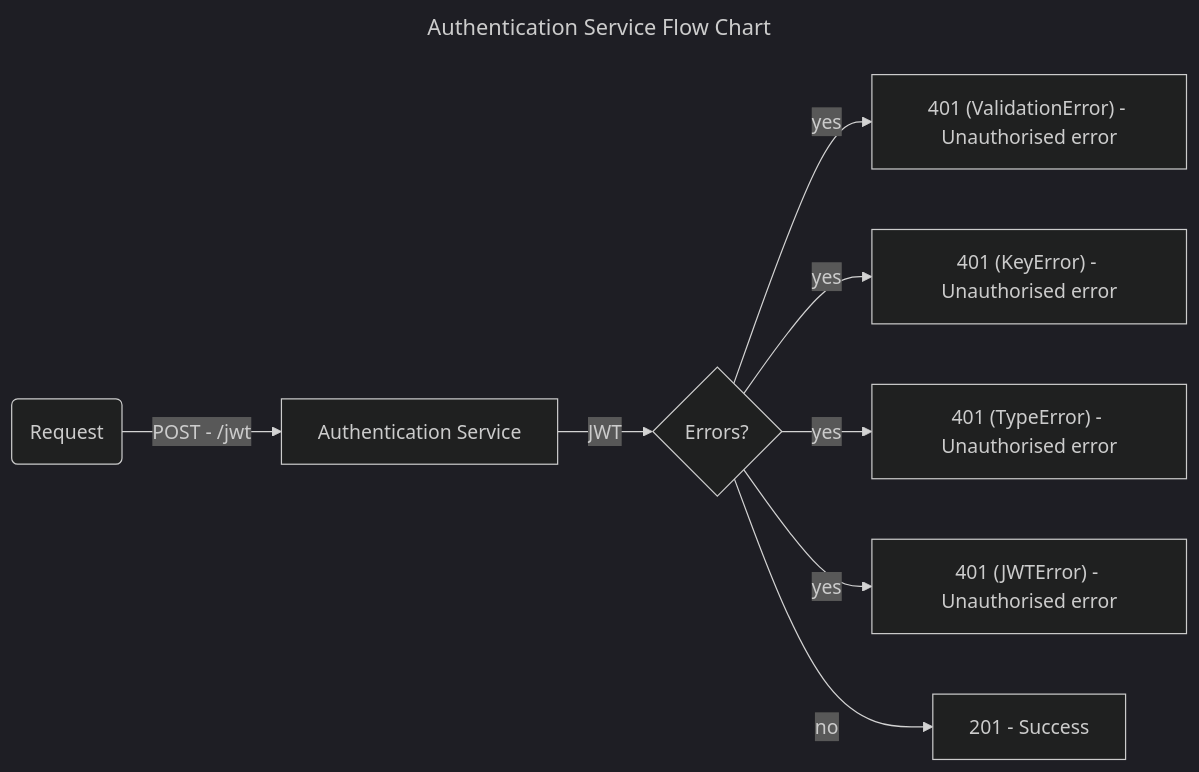
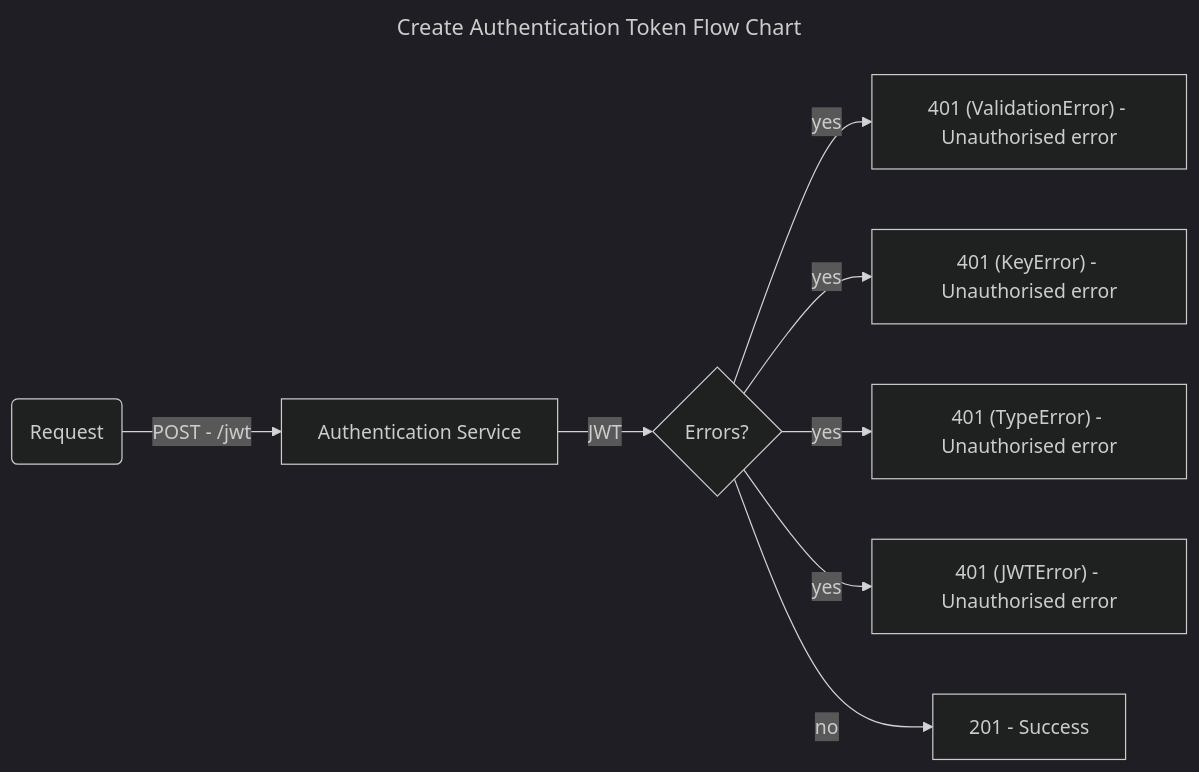
The first of 2 diagrams in docs/DIAGRAMS.md (darrylmorton/ct-iot-authentication-service), drawn with Mermaid (dark theme) before and after one commit. The commit also changed other lines of this file and 1 other file, not shown here.

Commit message:
Update README.md (#23)
* Update README.md

* Update DIAGRAMS.md

````diff
--- a/docs/DIAGRAMS.md
+++ b/docs/DIAGRAMS.md
@@ -1,14 +1,14 @@
 ```mermaid
 ---
-title: Authentication Service Flow Chart
+title: Create Authentication Token Flow Chart
 ---
 
 flowchart LR
     HttpRequest(Request) -->|POST - /jwt| AuthenticationService[Authentication Service]
     AuthenticationService -->|JWT| Errors{Errors?}
     Errors -->|yes| ValidationError["401 (ValidationError) - Unauthorised error"]
     Errors -->|yes| KeyError["401 (KeyError) - Unauthorised error"]
     Errors -->|yes| TypeError["401 (TypeError) - Unauthorised error"]
     Errors -->|yes| JWTError["401 (JWTError) - Unauthorised error"]
     Errors -->|no| SuccessResponse[201 - Success]
 ```
````
